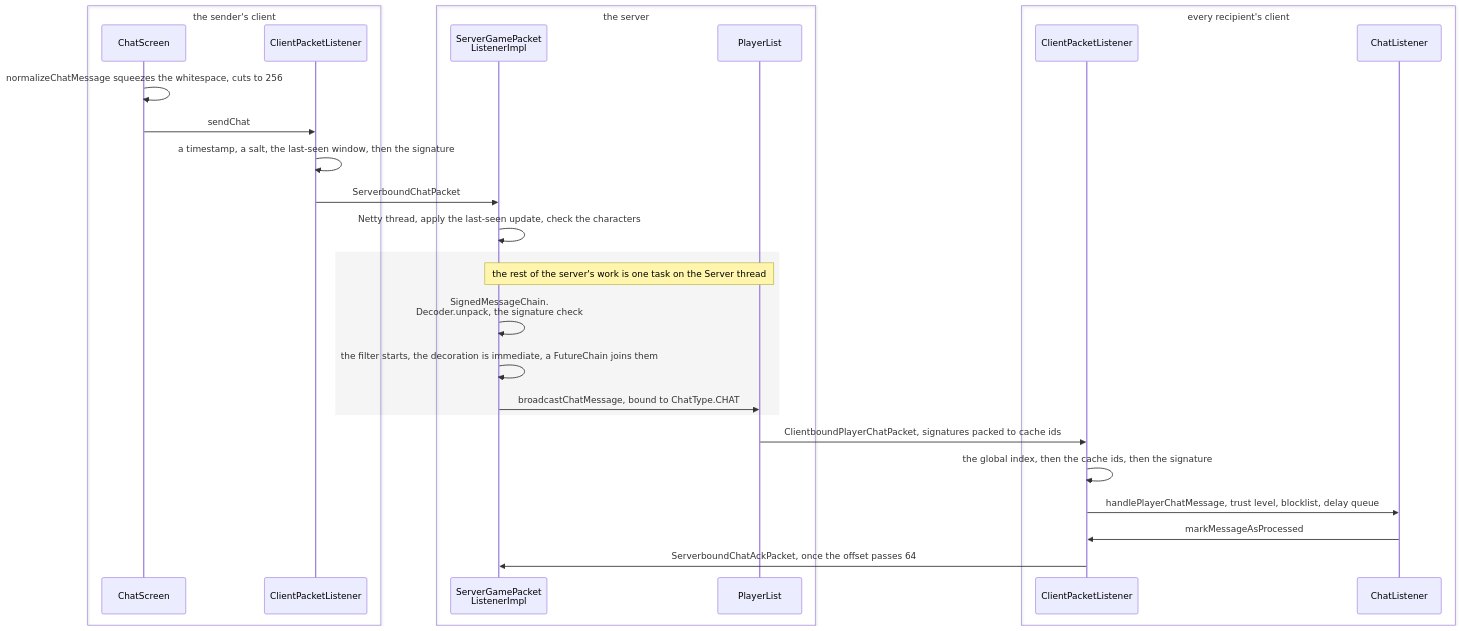
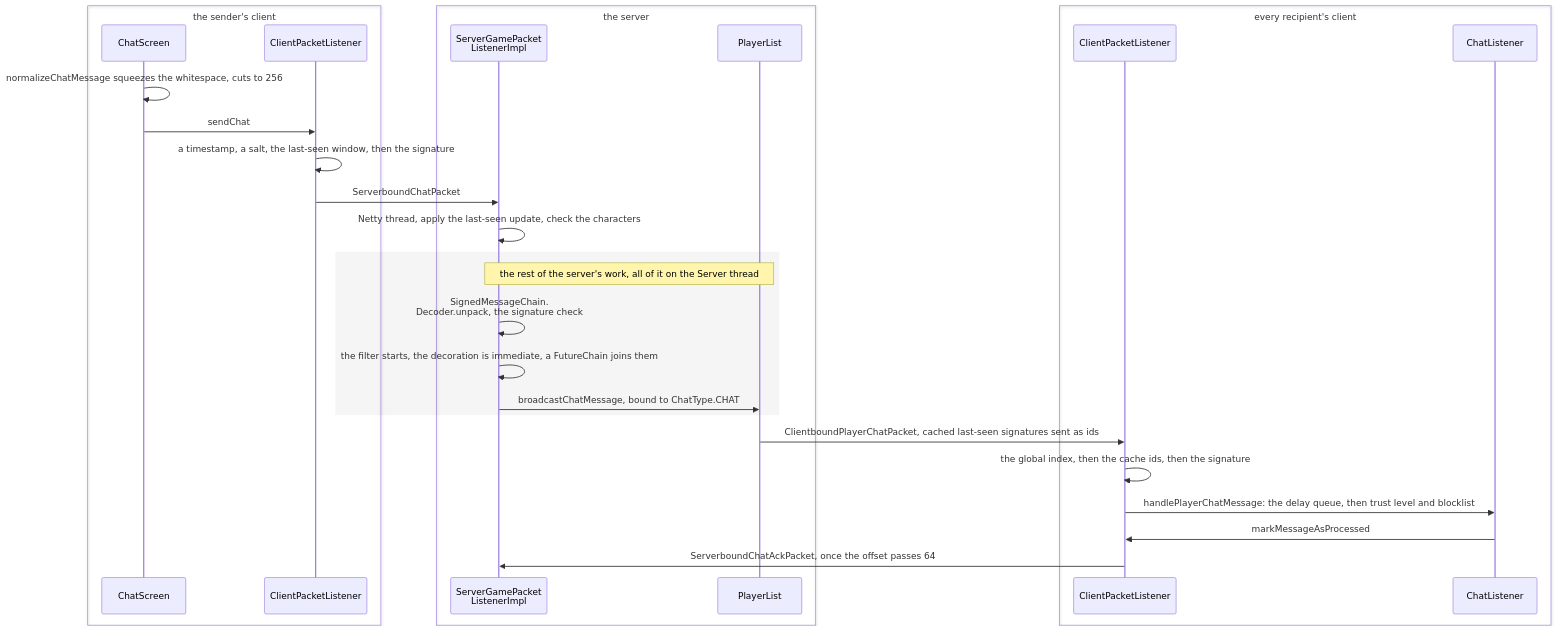
The first of 2 diagrams in src/systems/networking/chat-and-signing.md (AlexanderjFraser/MinecraftDocs), drawn with Mermaid before and after one commit. The commit also changed other lines of this file and 18 other files, not shown here.

````diff
--- a/src/systems/networking/chat-and-signing.md
+++ b/src/systems/networking/chat-and-signing.md
@@ -60,32 +60,32 @@
 ```mermaid
 sequenceDiagram
     box transparent the sender's client
     participant CScr as ChatScreen
     participant CPL as ClientPacketListener
     end
     box transparent the server
     participant SGPL as ServerGamePacket<br/>ListenerImpl
     participant PL as PlayerList
     end
     box transparent every recipient's client
     participant RCPL as ClientPacketListener
     participant CLis as ChatListener
     end
 
     CScr->>CScr: normalizeChatMessage squeezes the whitespace, cuts to 256
     CScr->>CPL: sendChat
     CPL->>CPL: a timestamp, a salt, the last-seen window, then the signature
     CPL->>SGPL: ServerboundChatPacket
     SGPL->>SGPL: Netty thread, apply the last-seen update, check the characters
     rect rgba(0, 0, 0, 0.04)
-        Note over SGPL,PL: the rest of the server's work is one task on the Server thread
+        Note over SGPL,PL: the rest of the server's work, all of it on the Server thread
         SGPL->>SGPL: SignedMessageChain.<br/>Decoder.unpack, the signature check
         SGPL->>SGPL: the filter starts, the decoration is immediate, a FutureChain joins them
         SGPL->>PL: broadcastChatMessage, bound to ChatType.CHAT
     end
-    PL->>RCPL: ClientboundPlayerChatPacket, signatures packed to cache ids
+    PL->>RCPL: ClientboundPlayerChatPacket, cached last-seen signatures sent as ids
     RCPL->>RCPL: the global index, then the cache ids, then the signature
-    RCPL->>CLis: handlePlayerChatMessage, trust level, blocklist, delay queue
+    RCPL->>CLis: handlePlayerChatMessage: the delay queue, then trust level and blocklist
     CLis->>RCPL: markMessageAsProcessed
     RCPL->>SGPL: ServerboundChatAckPacket, once the offset passes 64
 ```
````
